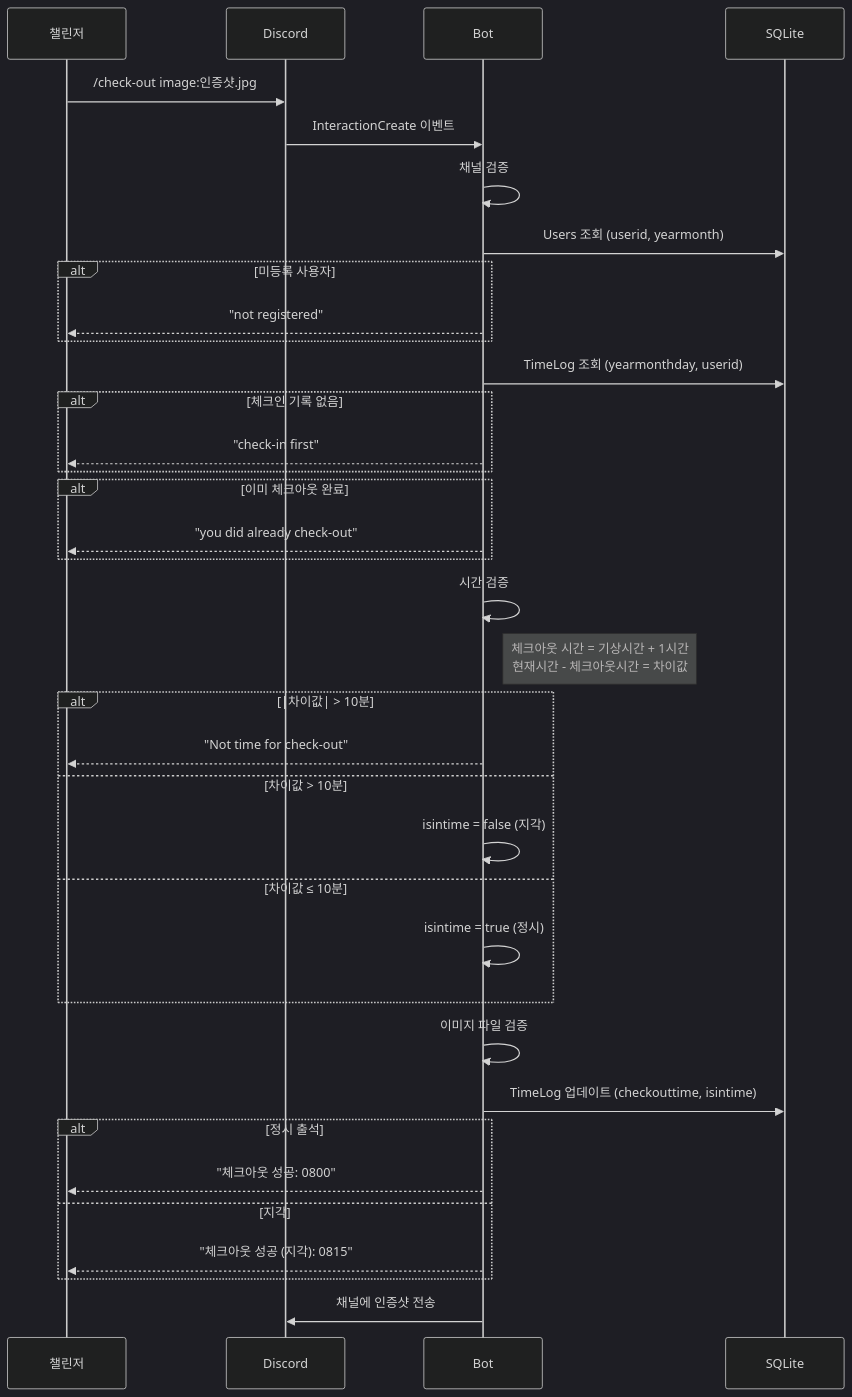
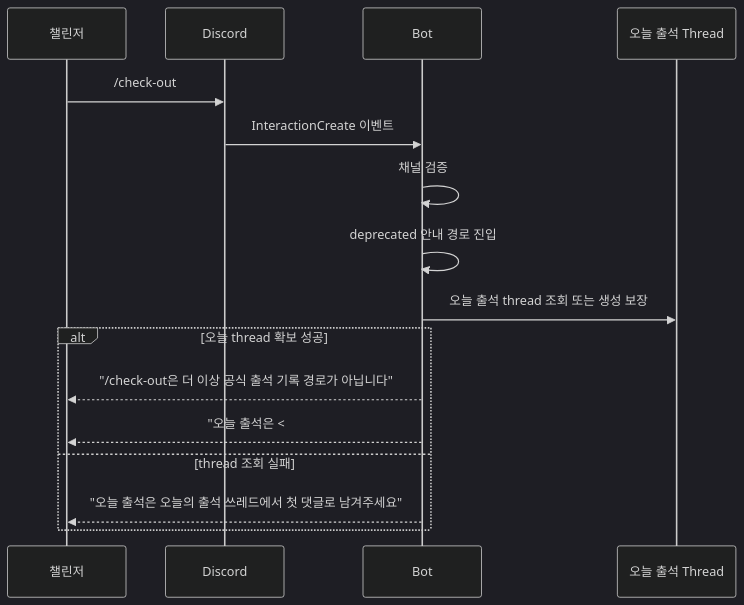
One commit to honki12345/haruharu-discord-bot changed the fourth of 12 diagrams in docs/USER_STORIES.md. Above: the diagram before and after it, drawn with Mermaid (dark theme). The commit also changed other lines of this file and 9 other files, not shown here.

````diff
--- a/docs/USER_STORIES.md
+++ b/docs/USER_STORIES.md
@@ -170,48 +145,22 @@
 ```mermaid
 sequenceDiagram
     participant U as 챌린저
     participant D as Discord
     participant B as Bot
-    participant DB as SQLite
+    participant T as 오늘 출석 Thread
 
-    U->>D: /check-out image:인증샷.jpg
+    U->>D: /check-out
     D->>B: InteractionCreate 이벤트
 
     B->>B: 채널 검증
 
-    B->>DB: Users 조회 (userid, yearmonth)
-    alt 미등록 사용자
-        B-->>U: "not registered"
+    B->>B: deprecated 안내 경로 진입
+    B->>T: 오늘 출석 thread 조회 또는 생성 보장
+
+    alt 오늘 thread 확보 성공
+        B-->>U: "/check-out은 더 이상 공식 출석 기록 경로가 아닙니다"
+        B-->>U: "오늘 출석은 <#thread>에서 첫 댓글로 남겨주세요"
+    else thread 조회 실패
+        B-->>U: "오늘 출석은 오늘의 출석 쓰레드에서 첫 댓글로 남겨주세요"
     end
-
-    B->>DB: TimeLog 조회 (yearmonthday, userid)
-    alt 체크인 기록 없음
-        B-->>U: "check-in first"
-    end
-    alt 이미 체크아웃 완료
-        B-->>U: "you did already check-out"
-    end
-
-    B->>B: 시간 검증
-    Note right of B: 체크아웃 시간 = 기상시간 + 1시간<br/>현재시간 - 체크아웃시간 = 차이값
-
-    alt |차이값| > 10분
-        B-->>U: "Not time for check-out"
-    else 차이값 > 10분
-        B->>B: isintime = false (지각)
-    else 차이값 ≤ 10분
-        B->>B: isintime = true (정시)
-    end
-
-    B->>B: 이미지 파일 검증
-
-    B->>DB: TimeLog 업데이트 (checkouttime, isintime)
-
-    alt 정시 출석
-        B-->>U: "체크아웃 성공: 0800"
-    else 지각
-        B-->>U: "체크아웃 성공 (지각): 0815"
-    end
-
-    B->>D: 채널에 인증샷 전송
 ```
````
